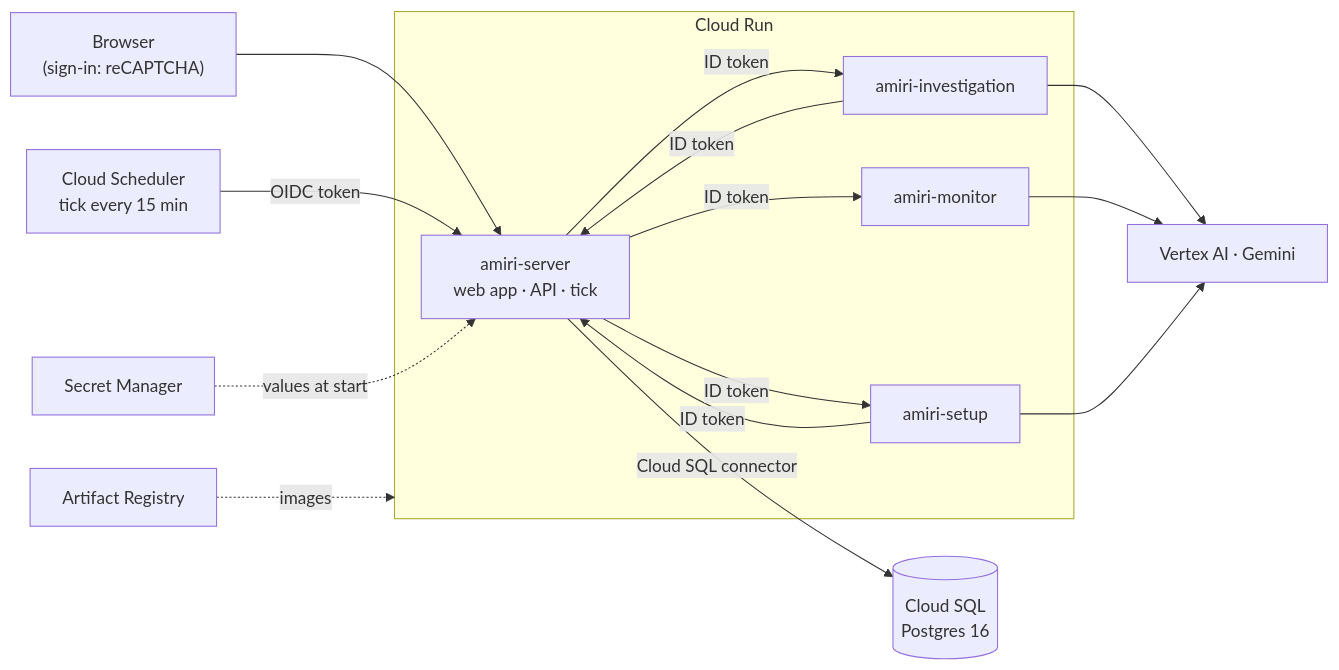
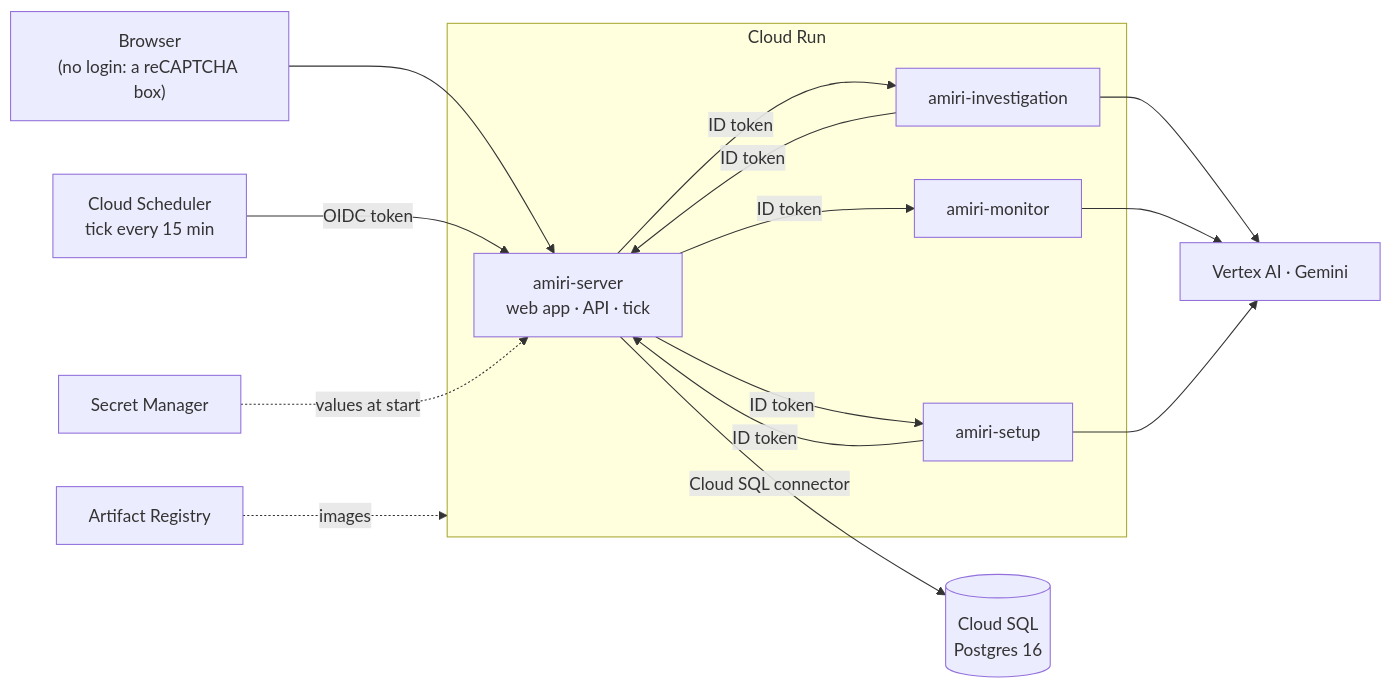
One commit to ksankeerth/amiri-agent changed the diagram in infra/README.md. Above: the diagram before and after it, drawn with Mermaid. The commit also changed other lines of this file and 20 other files, not shown here.

First line of the commit message:
feat(auth): replace login with a reCAPTCHA bot check

````diff
--- a/infra/README.md
+++ b/infra/README.md
@@ -7,17 +7,17 @@
 ```mermaid
 flowchart LR
-    U["Browser<br/>(sign-in: reCAPTCHA)"] --> SRV
+    U["Browser<br/>(no login: a reCAPTCHA box)"] --> SRV
     SCH["Cloud Scheduler<br/>tick every 15 min"] -- "OIDC token" --> SRV
     subgraph RUN["Cloud Run"]
         SRV["amiri-server<br/>web app · API · tick"]
         INV["amiri-investigation"]
         MON["amiri-monitor"]
         SET["amiri-setup"]
     end
     SRV -- "ID token" --> INV & MON & SET
     INV & SET -- "ID token" --> SRV
     SRV -- "Cloud SQL connector" --> SQL[("Cloud SQL<br/>Postgres 16")]
     INV & MON & SET --> VTX["Vertex AI · Gemini"]
     SM["Secret Manager"] -. "values at start" .-> SRV
     AR["Artifact Registry"] -. "images" .-> RUN
 ```
````
